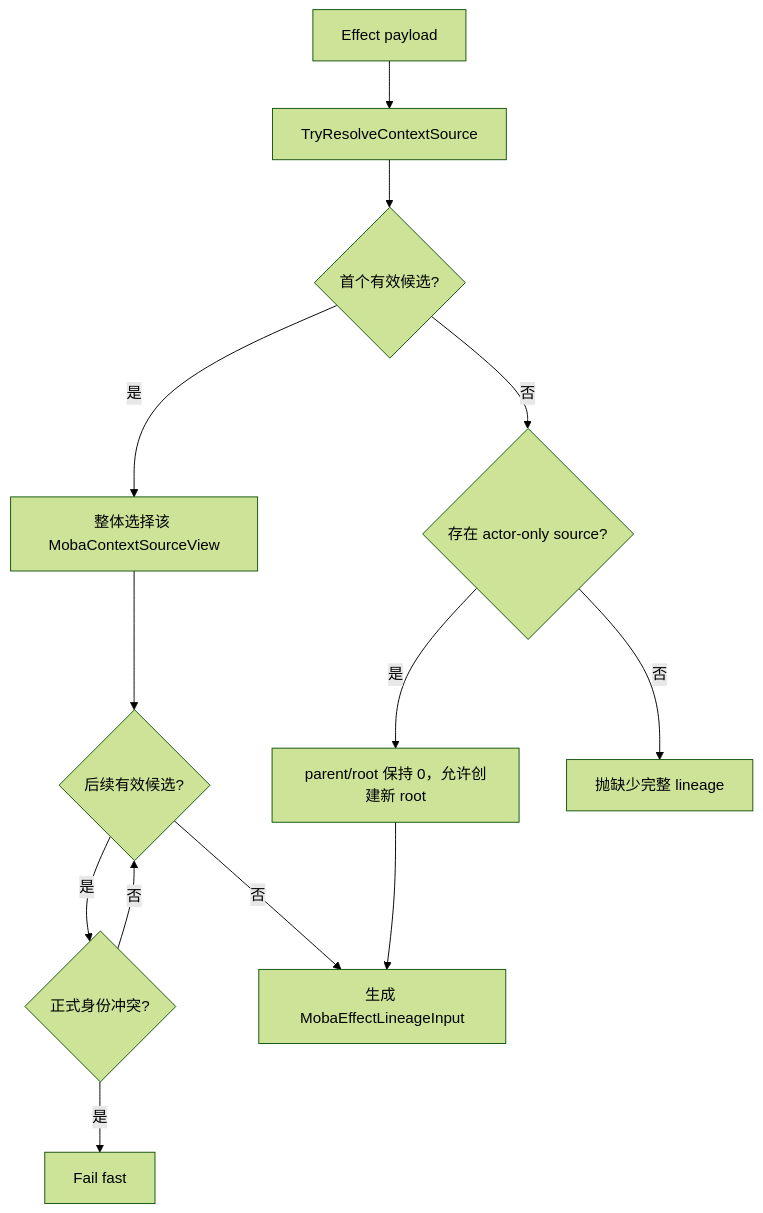
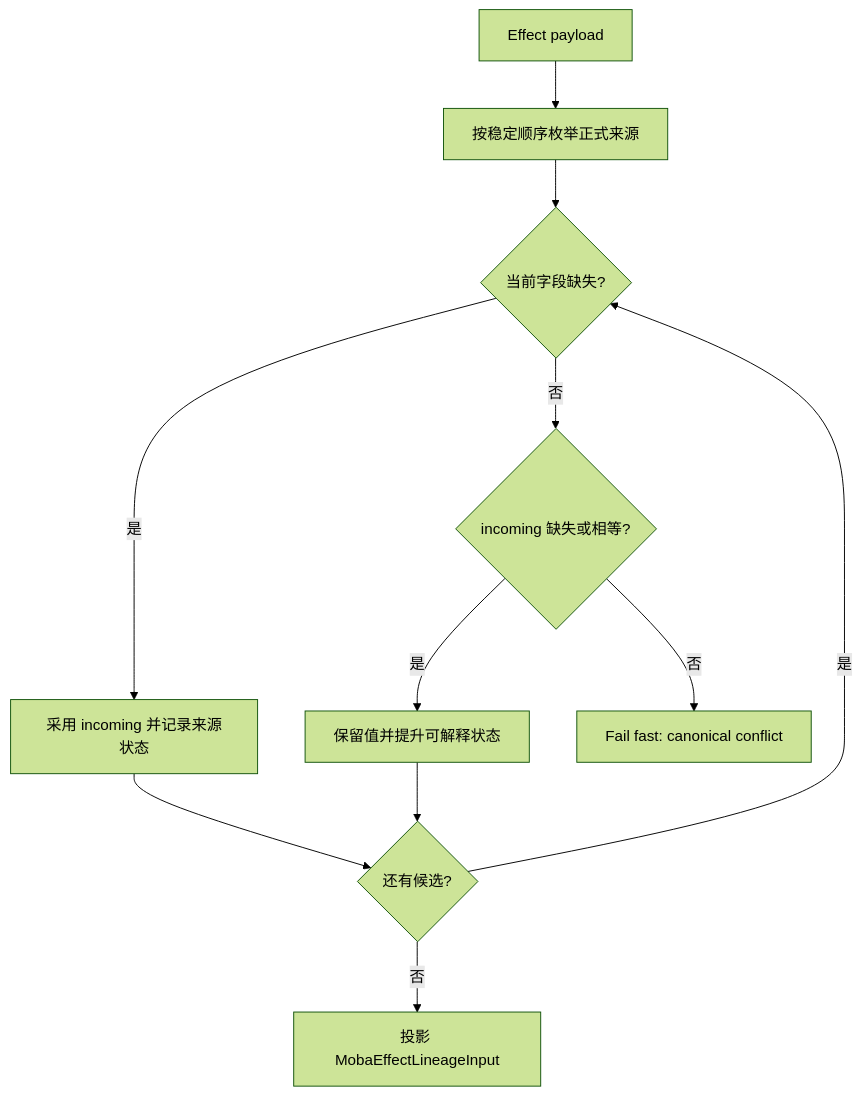
The second of 5 diagrams in Docs/design/09-ImplementationExamples/MOBA/09-TraceContextEffectDeepDive.md (HOBOBO/AbilityKit), drawn with Mermaid (forest theme) before and after one commit. The commit also changed other lines of this file and 537 other files, not shown here.

````diff
--- a/Docs/design/09-ImplementationExamples/MOBA/09-TraceContextEffectDeepDive.md
+++ b/Docs/design/09-ImplementationExamples/MOBA/09-TraceContextEffectDeepDive.md
@@ -115,15 +129,13 @@
 ```mermaid
 flowchart TD
-    Payload[Effect payload] --> Resolve[TryResolveContextSource]
-    Resolve --> First{首个有效候选?}
-    First -->|是| Select[整体选择该 MobaContextSourceView]
-    Select --> More{后续有效候选?}
-    More -->|是| Conflict{正式身份冲突?}
-    Conflict -->|是| Fail[Fail fast]
-    Conflict -->|否| More
-    More -->|否| Lineage[生成 MobaEffectLineageInput]
-    First -->|否| Actor{存在 actor-only source?}
-    Actor -->|是| RootCandidate[parent/root 保持 0，允许创建新 root]
-    Actor -->|否| Missing[抛缺少完整 lineage]
-    RootCandidate --> Lineage
+    Payload[Effect payload] --> Candidates[按稳定顺序枚举正式来源]
+    Candidates --> Field{当前字段缺失?}
+    Field -->|是| Enrich[采用 incoming 并记录来源状态]
+    Field -->|否| Equal{incoming 缺失或相等?}
+    Equal -->|是| Keep[保留值并提升可解释状态]
+    Equal -->|否| Fail[Fail fast: canonical conflict]
+    Enrich --> More{还有候选?}
+    Keep --> More
+    More -->|是| Field
+    More -->|否| Lineage[投影 MobaEffectLineageInput]
 ```
````
